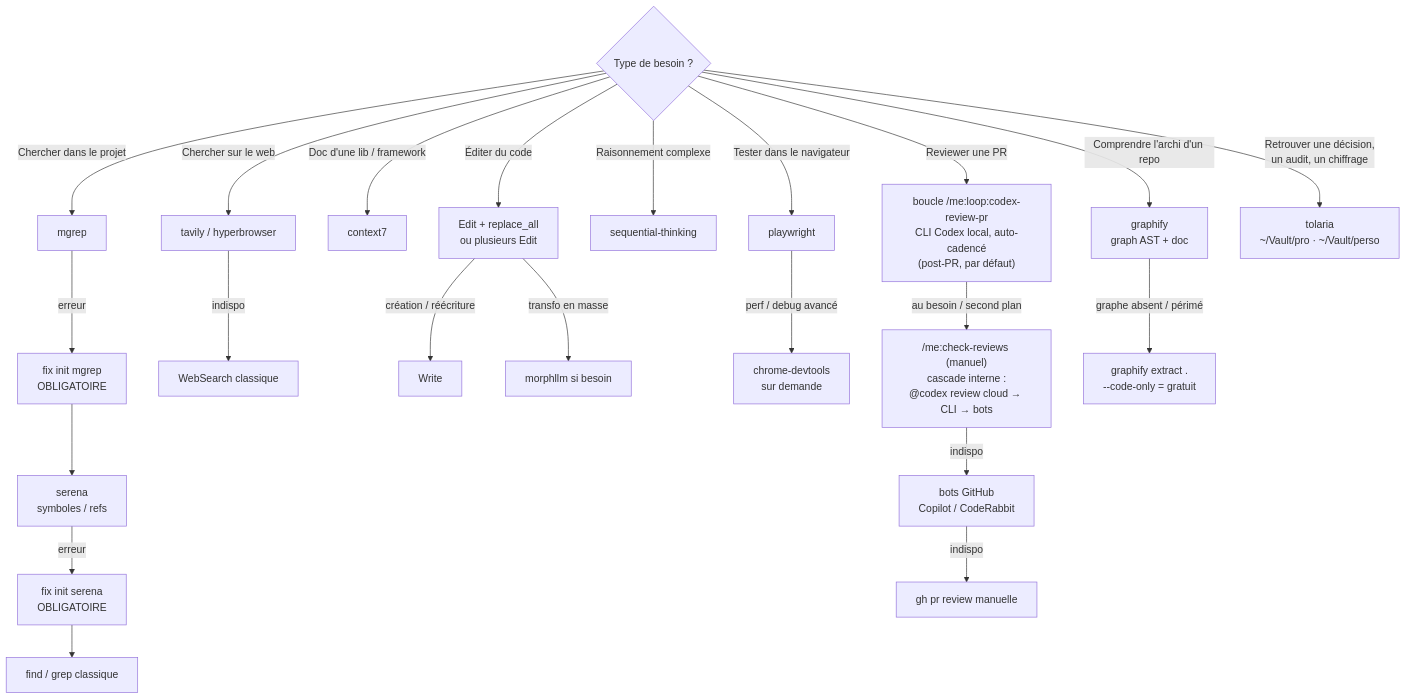
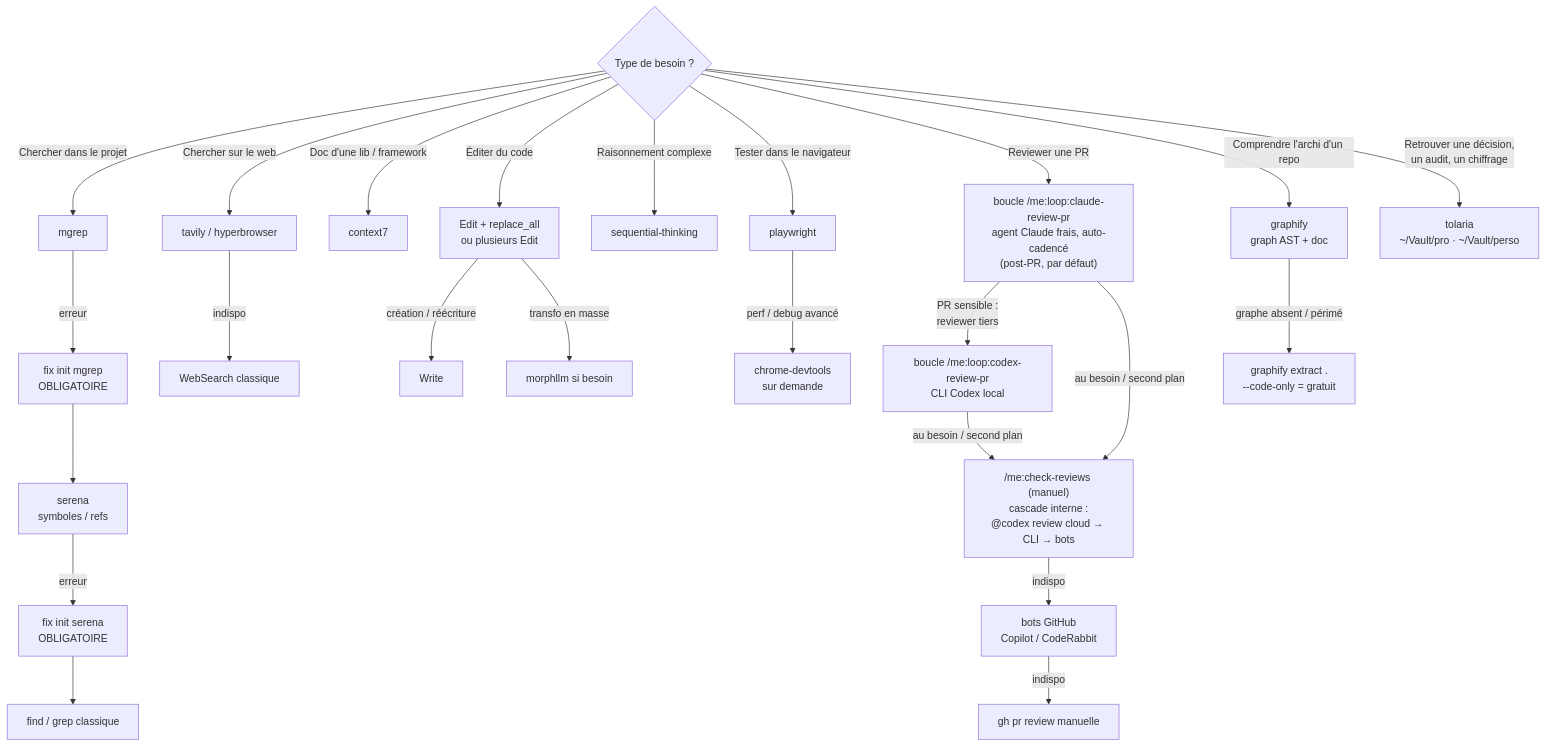
One commit to kbrdn1/dotfiles changed the first of 8 diagrams in dot_claude/WORKFLOW.md. Above: the diagram before and after it, drawn with Mermaid. The commit also changed other lines of this file and 20 other files, not shown here.

````diff
--- a/dot_claude/WORKFLOW.md
+++ b/dot_claude/WORKFLOW.md
@@ -27,33 +28,35 @@
 ```mermaid
 flowchart TD
     Q{Type de besoin ?}
 
     Q -->|Chercher dans le projet| S1[mgrep]
     S1 -->|erreur| S1f[fix init mgrep<br/>OBLIGATOIRE]
     S1f --> S2[serena<br/>symboles / refs]
     S2 -->|erreur| S2f[fix init serena<br/>OBLIGATOIRE]
     S2f --> S3[find / grep classique]
 
     Q -->|Chercher sur le web| W1[tavily / hyperbrowser]
     W1 -->|indispo| W2[WebSearch classique]
 
     Q -->|Doc d'une lib / framework| C1[context7]
 
     Q -->|Éditer du code| E1[Edit + replace_all<br/>ou plusieurs Edit]
     E1 -->|création / réécriture| E2[Write]
     E1 -->|transfo en masse| E3[morphllm si besoin]
 
     Q -->|Raisonnement complexe| A1[sequential-thinking]
     Q -->|Tester dans le navigateur| B1[playwright]
     B1 -->|perf / debug avancé| B2[chrome-devtools<br/>sur demande]
 
-    Q -->|Reviewer une PR| R1["boucle /me:loop:codex-review-pr<br/>CLI Codex local, auto-cadencé<br/>(post-PR, par défaut)"]
-    R1 -->|au besoin / second plan| R2["/me:check-reviews (manuel)<br/>cascade interne :<br/>@codex review cloud → CLI → bots"]
+    Q -->|Reviewer une PR| R1["boucle /me:loop:claude-review-pr<br/>agent Claude frais, auto-cadencé<br/>(post-PR, par défaut)"]
+    R1 -->|PR sensible :<br/>reviewer tiers| R1b["boucle /me:loop:codex-review-pr<br/>CLI Codex local"]
+    R1b -->|au besoin / second plan| R2["/me:check-reviews (manuel)<br/>cascade interne :<br/>@codex review cloud → CLI → bots"]
+    R1 -->|au besoin / second plan| R2
     R2 -->|indispo| R3[bots GitHub<br/>Copilot / CodeRabbit]
     R3 -->|indispo| R4[gh pr review manuelle]
 
     Q -->|Comprendre l'archi d'un repo| G1["graphify<br/>graph AST + doc"]
     G1 -->|graphe absent / périmé| G2["graphify extract .<br/>--code-only = gratuit"]
 
     Q -->|Retrouver une décision,<br/>un audit, un chiffrage| T1["tolaria<br/>~/Vault/pro · ~/Vault/perso"]
 ```
````
